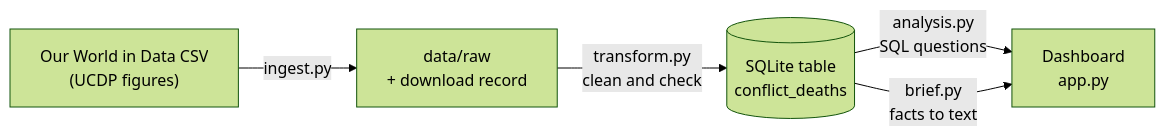
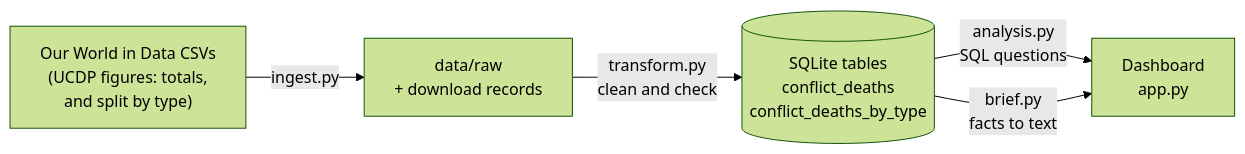
Before and after one commit to mattyshacks/conflict-risk-monitor: the diagram in README.md, drawn with Mermaid (forest theme). The commit also changed other lines of this file and 13 other files, not shown here.

Commit message:
Add deaths by type of violence to the pipeline, brief and dashboard, so readers can see what kind of violence caused them

````diff
--- a/README.md
+++ b/README.md
@@ -16,7 +17,7 @@
 ```mermaid
 flowchart LR
-    A["Our World in Data CSV<br/>(UCDP figures)"] -->|ingest.py| B["data/raw<br/>+ download record"]
-    B -->|"transform.py<br/>clean and check"| C[("SQLite table<br/>conflict_deaths")]
+    A["Our World in Data CSVs<br/>(UCDP figures: totals,<br/>and split by type)"] -->|ingest.py| B["data/raw<br/>+ download records"]
+    B -->|"transform.py<br/>clean and check"| C[("SQLite tables<br/>conflict_deaths<br/>conflict_deaths_by_type")]
     C -->|"analysis.py<br/>SQL questions"| D["Dashboard<br/>app.py"]
     C -->|"brief.py<br/>facts to text"| D
 ```
````
